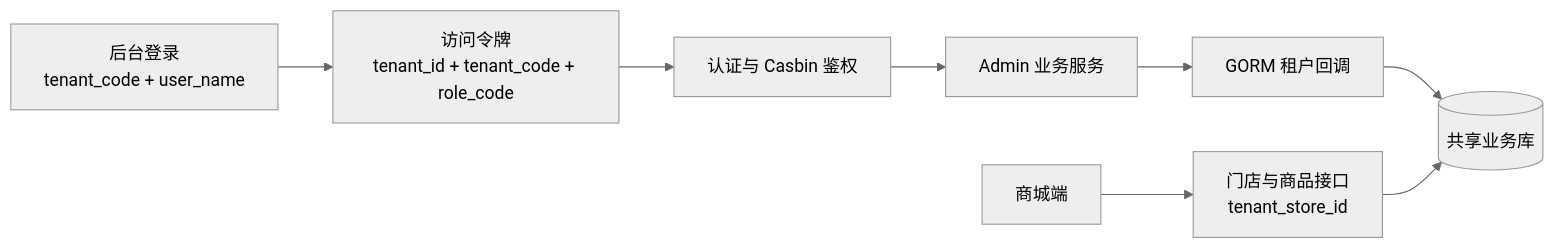
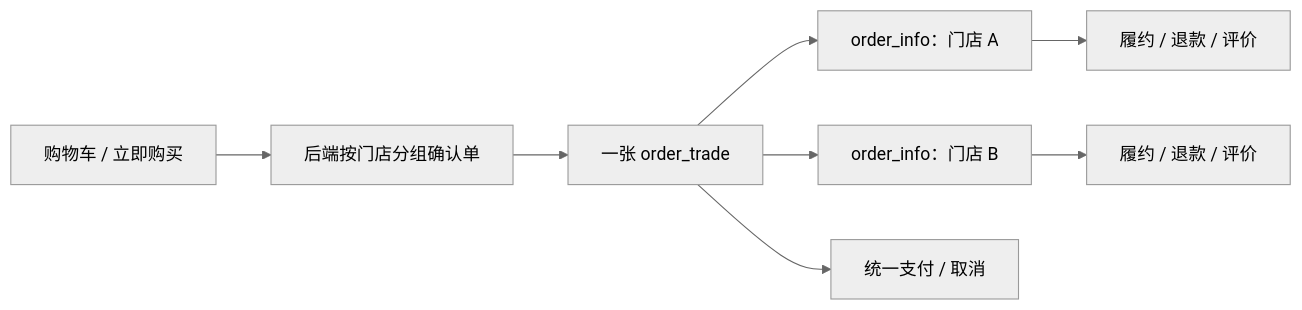
The second of 2 diagrams in docs/租户与门店体系设计.md (liujitcn/shop), drawn with Mermaid (neutral theme) before and after one commit. The commit also changed other lines of this file and 1765 other files, not shown here.

````diff
--- a/docs/租户与门店体系设计.md
+++ b/docs/租户与门店体系设计.md
@@ -94,10 +52,10 @@
 ```mermaid
 flowchart LR
-  Login["后台登录<br/>tenant_code + user_name"] --> Token["访问令牌<br/>tenant_id + tenant_code + role_code"]
-  Token --> Auth["认证与 Casbin 鉴权"]
-  Auth --> Service["Admin 业务服务"]
-  Service --> GORM["GORM 租户回调"]
-  GORM --> DB[("共享业务库")]
-  App["商城端"] --> Store["门店与商品接口<br/>tenant_store_id"]
-  Store --> DB
+  Cart["购物车 / 立即购买"] --> Confirm["后端按门店分组确认单"]
+  Confirm --> Trade["一张 order_trade"]
+  Trade --> StoreA["order_info：门店 A"]
+  Trade --> StoreB["order_info：门店 B"]
+  Trade --> Pay["统一支付 / 取消"]
+  StoreA --> FulfillA["履约 / 退款 / 评价"]
+  StoreB --> FulfillB["履约 / 退款 / 评价"]
 ```
````
